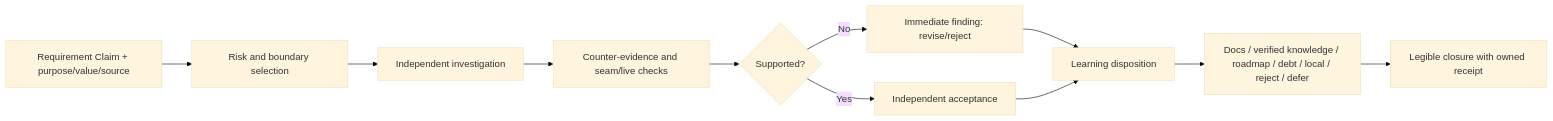
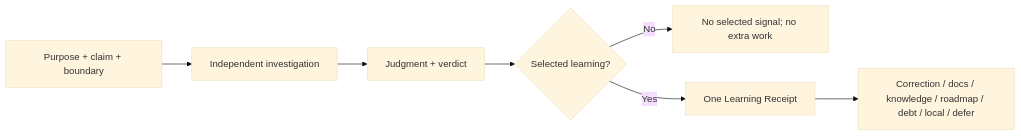
Before and after one commit to saubakirov/trace-first-starter: the diagram in tasks/TFW-48__value_first_methodology_rebaseline/phase-d/HL__phase-d__review_and_knowledge_closure.md, drawn with Mermaid (base theme). The commit also changed other lines of this file and 1 other file, not shown here.

Commit message:
[codex/TFW-48/phase-d/coordinator] approve lean review and knowledge closure ts

````diff
--- a/tasks/TFW-48__value_first_methodology_rebaseline/phase-d/HL__phase-d__review_and_knowledge_closure.md
+++ b/tasks/TFW-48__value_first_methodology_rebaseline/phase-d/HL__phase-d__review_and_knowledge_closure.md
@@ -105,13 +77,9 @@
 ```mermaid
 flowchart LR
-  C["Requirement Claim + purpose/value/source"] --> R["Risk and boundary selection"]
-  R --> I["Independent investigation"]
-  I --> X["Counter-evidence and seam/live checks"]
-  X --> V{"Supported?"}
-  V -->|No| F["Immediate finding: revise/reject"]
-  V -->|Yes| A["Independent acceptance"]
-  F --> L["Learning disposition"]
-  A --> L
-  L --> D["Docs / verified knowledge / roadmap / debt / local / reject / defer"]
-  D --> Z["Legible closure with owned receipt"]
+  C["Purpose + claim + boundary"] --> I["Independent investigation"]
+  I --> J["Judgment + verdict"]
+  J --> S{"Selected learning?"}
+  S -->|No| N["No selected signal; no extra work"]
+  S -->|Yes| R["One Learning Receipt"]
+  R --> D["Correction / docs / knowledge / roadmap / debt / local / defer"]
 ```
````
